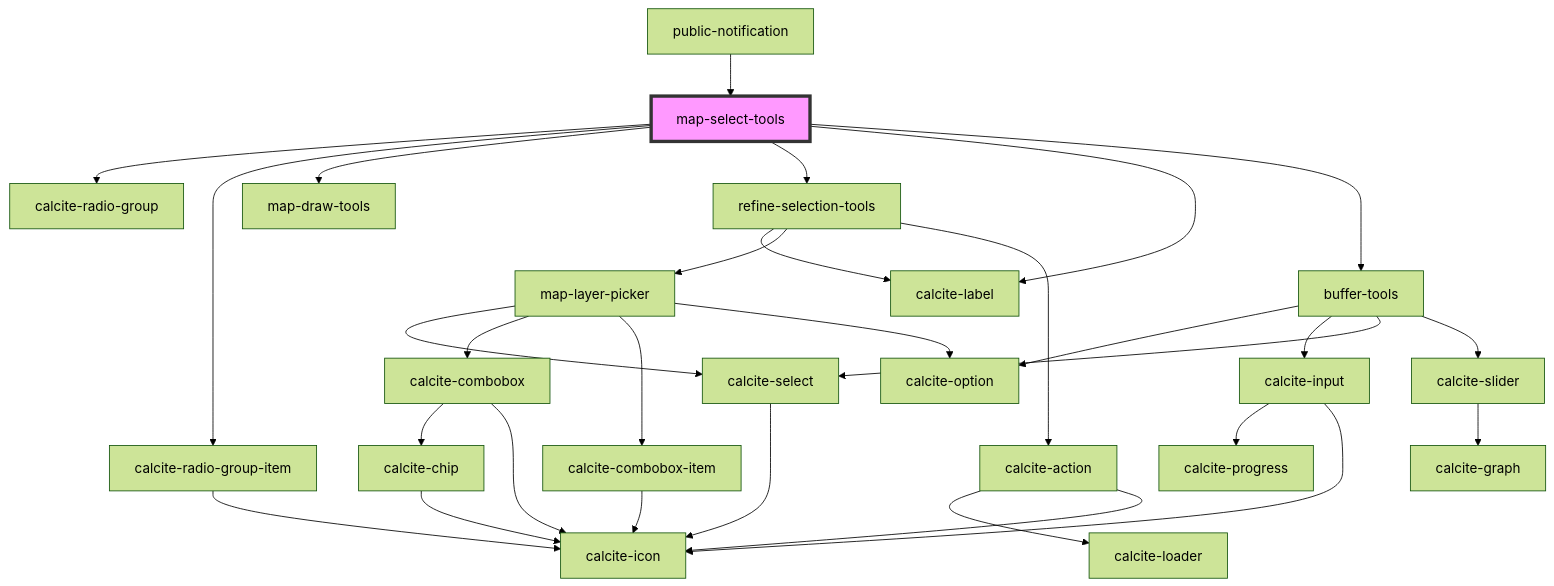
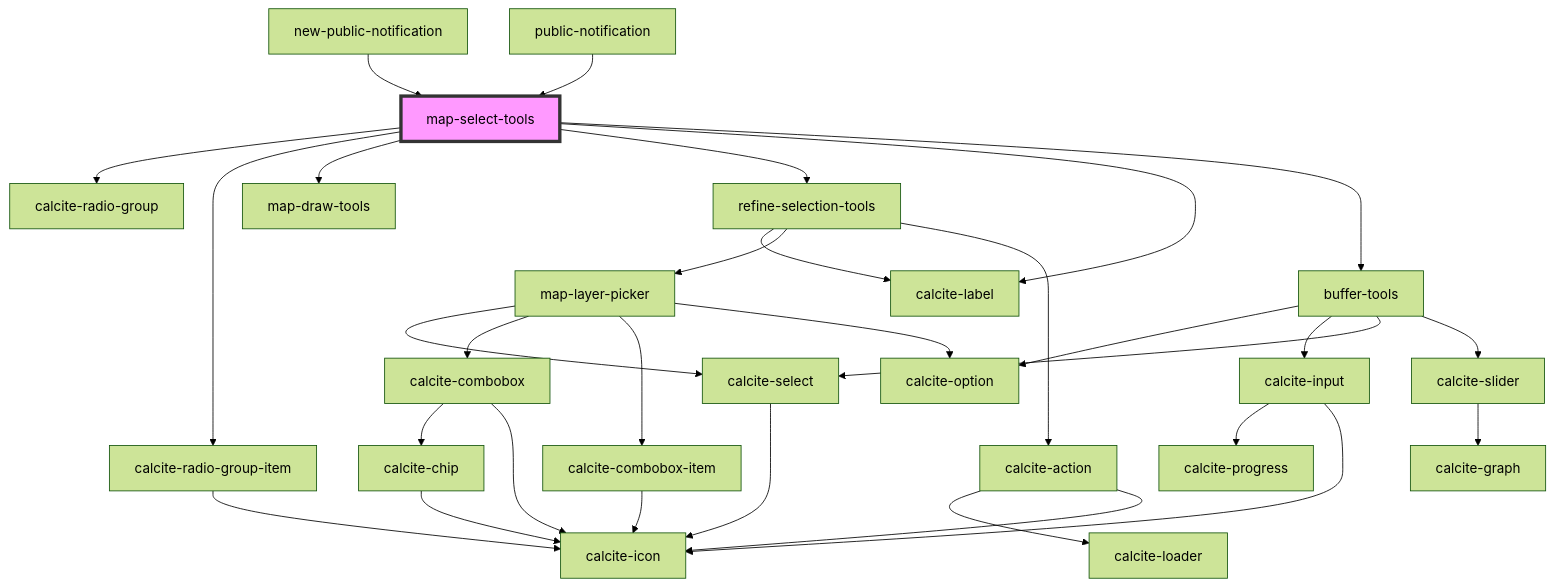
One commit to Esri/solutions-components changed the diagram in src/components/map-select-tools/readme.md. Above: the diagram before and after it, drawn with Mermaid (forest theme). The commit also changed other lines of this file and 8 other files, not shown here.

Commit message:
add map select tools

````diff
--- a/src/components/map-select-tools/readme.md
+++ b/src/components/map-select-tools/readme.md
@@ -96,33 +97,34 @@
 ```mermaid
 graph TD;
   map-select-tools --> calcite-radio-group
   map-select-tools --> calcite-radio-group-item
   map-select-tools --> map-draw-tools
   map-select-tools --> refine-selection-tools
   map-select-tools --> calcite-label
   map-select-tools --> buffer-tools
   calcite-radio-group-item --> calcite-icon
   refine-selection-tools --> calcite-label
   refine-selection-tools --> map-layer-picker
   refine-selection-tools --> calcite-action
   map-layer-picker --> calcite-select
   map-layer-picker --> calcite-combobox
   map-layer-picker --> calcite-combobox-item
   map-layer-picker --> calcite-option
   calcite-select --> calcite-icon
   calcite-combobox --> calcite-chip
   calcite-combobox --> calcite-icon
   calcite-chip --> calcite-icon
   calcite-combobox-item --> calcite-icon
   calcite-action --> calcite-loader
   calcite-action --> calcite-icon
   buffer-tools --> calcite-option
   buffer-tools --> calcite-input
   buffer-tools --> calcite-select
   buffer-tools --> calcite-slider
   calcite-input --> calcite-progress
   calcite-input --> calcite-icon
   calcite-slider --> calcite-graph
+  new-public-notification --> map-select-tools
   public-notification --> map-select-tools
   style map-select-tools fill:#f9f,stroke:#333,stroke-width:4px
 ```
````
